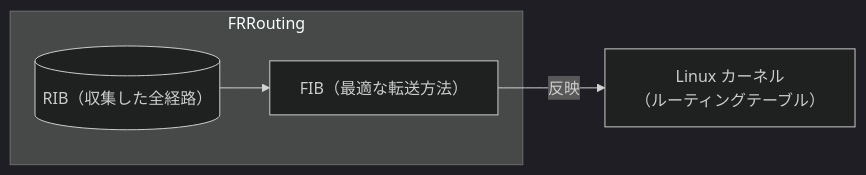
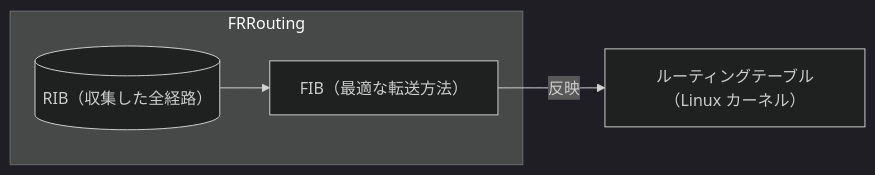
The diagram in slide/basic-internet.md (coolwind0202/seccamp-2026-hokkaido), drawn with Mermaid (dark theme) before and after one commit. The commit also changed other lines of this file and 7 other files, not shown here.

````diff
--- a/slide/basic-internet.md
+++ b/slide/basic-internet.md
@@ -272,9 +390,9 @@
 ```mermaid
 graph LR
 subgraph FRRouting
 RIB@{ shape: database, label: 'RIB（収集した全経路）'}--> FIB[FIB（最適な転送方法）]
 end
 
-FIB --反映--> Linux["Linux カーネル
-（ルーティングテーブル）"]
+FIB --反映--> Linux["
+ルーティングテーブル（Linux カーネル）"]
 ```
````
